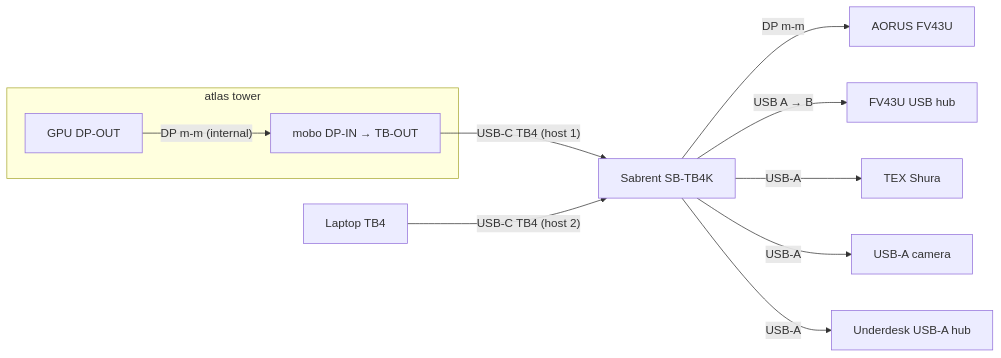
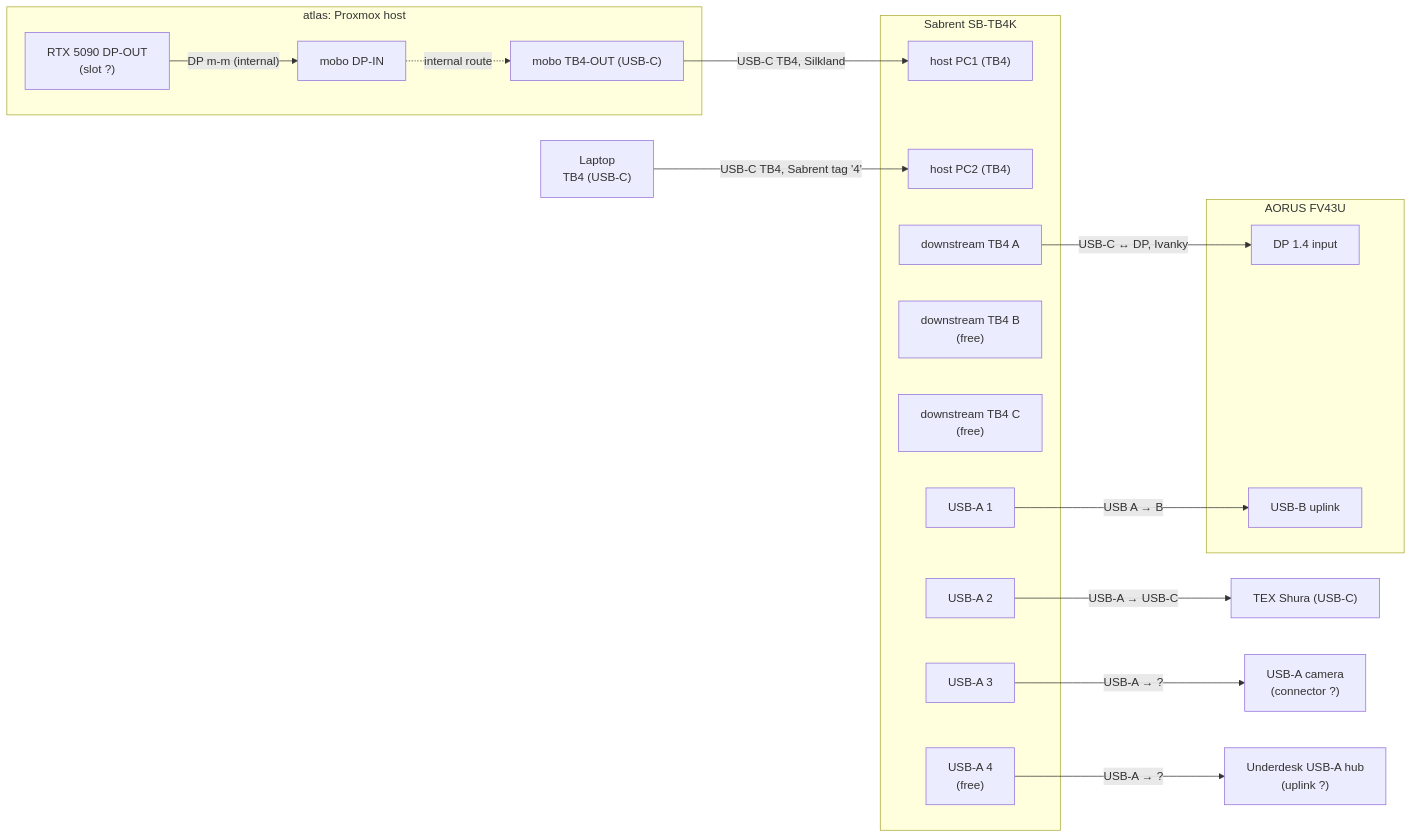
The diagram in desk/README.md (agentydragon/ducktape), drawn with Mermaid before and after one commit. The commit also changed other lines of this file, not shown here.

````diff
--- a/desk/README.md
+++ b/desk/README.md
@@ -47,25 +52,42 @@
 ```mermaid
 flowchart LR
-    subgraph atlas[atlas tower]
-        atlas_gpu["GPU DP-OUT"]
-        atlas_mobo["mobo DP-IN → TB-OUT"]
-        atlas_gpu -- "DP m-m (internal)" --> atlas_mobo
+    subgraph atlas[atlas: Proxmox host]
+        atlas_gpu["RTX 5090 DP-OUT<br/>(slot ?)"]
+        atlas_mobo_dp["mobo DP-IN"]
+        atlas_mobo_tb["mobo TB4-OUT (USB-C)"]
+        atlas_gpu -- "DP m-m (internal)" --> atlas_mobo_dp
+        atlas_mobo_dp -. internal route .-> atlas_mobo_tb
     end
 
-    laptop[Laptop TB4]
-    kvm["Sabrent SB-TB4K"]
-    monitor["AORUS FV43U"]
-    monitor_hub["FV43U USB hub"]
-    kbd["TEX Shura"]
-    cam["USB-A camera"]
-    hub["Underdesk USB-A hub"]
+    laptop["Laptop<br/>TB4 (USB-C)"]
 
-    atlas_mobo -- "USB-C TB4 (host 1)" --> kvm
-    laptop     -- "USB-C TB4 (host 2)" --> kvm
+    subgraph kvm[Sabrent SB-TB4K]
+        kvm_pc1["host PC1 (TB4)"]
+        kvm_pc2["host PC2 (TB4)"]
+        kvm_tb_a["downstream TB4 A"]
+        kvm_tb_b["downstream TB4 B<br/>(free)"]
+        kvm_tb_c["downstream TB4 C<br/>(free)"]
+        kvm_usba1["USB-A 1"]
+        kvm_usba2["USB-A 2"]
+        kvm_usba3["USB-A 3"]
+        kvm_usba4["USB-A 4<br/>(free)"]
+    end
 
-    kvm -- "DP m-m" --> monitor
-    kvm -- "USB A → B" --> monitor_hub
-    kvm -- "USB-A" --> kbd
-    kvm -- "USB-A" --> cam
-    kvm -- "USB-A" --> hub
+    subgraph mon[AORUS FV43U]
+        mon_dp["DP 1.4 input"]
+        mon_usbb["USB-B uplink"]
+    end
+
+    kbd["TEX Shura (USB-C)"]
+    cam["USB-A camera<br/>(connector ?)"]
+    hub["Underdesk USB-A hub<br/>(uplink ?)"]
+
+    atlas_mobo_tb -- "USB-C TB4, Silkland" --> kvm_pc1
+    laptop        -- "USB-C TB4, Sabrent tag '4'" --> kvm_pc2
+
+    kvm_tb_a  -- "USB-C ↔ DP, Ivanky" --> mon_dp
+    kvm_usba1 -- "USB A → B" --> mon_usbb
+    kvm_usba2 -- "USB-A → USB-C" --> kbd
+    kvm_usba3 -- "USB-A → ?" --> cam
+    kvm_usba4 -- "USB-A → ?" --> hub
 ```
````
